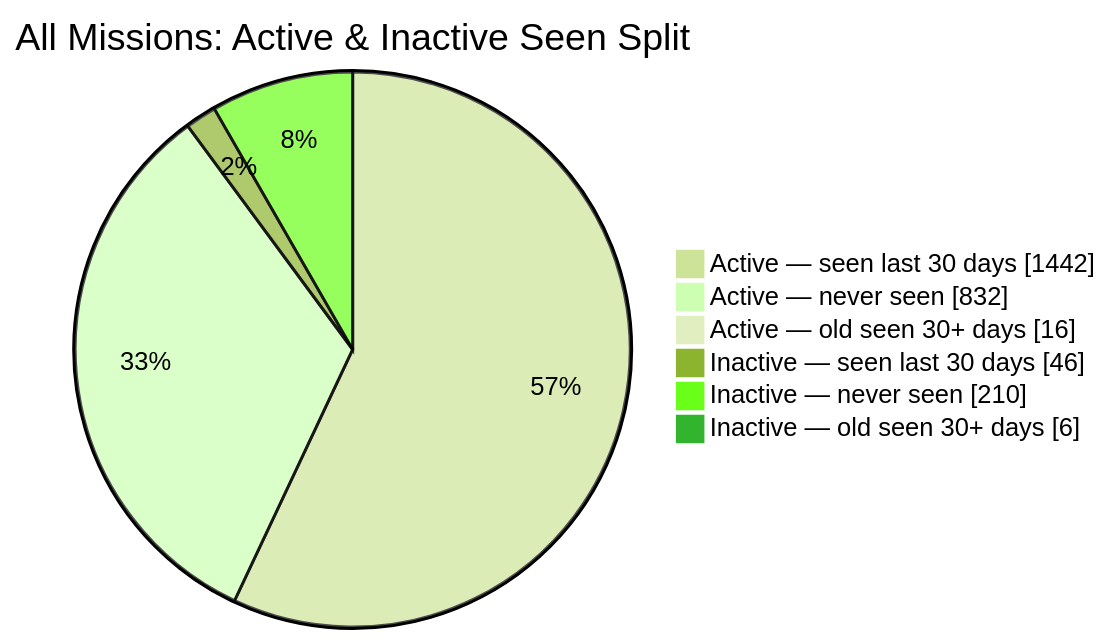
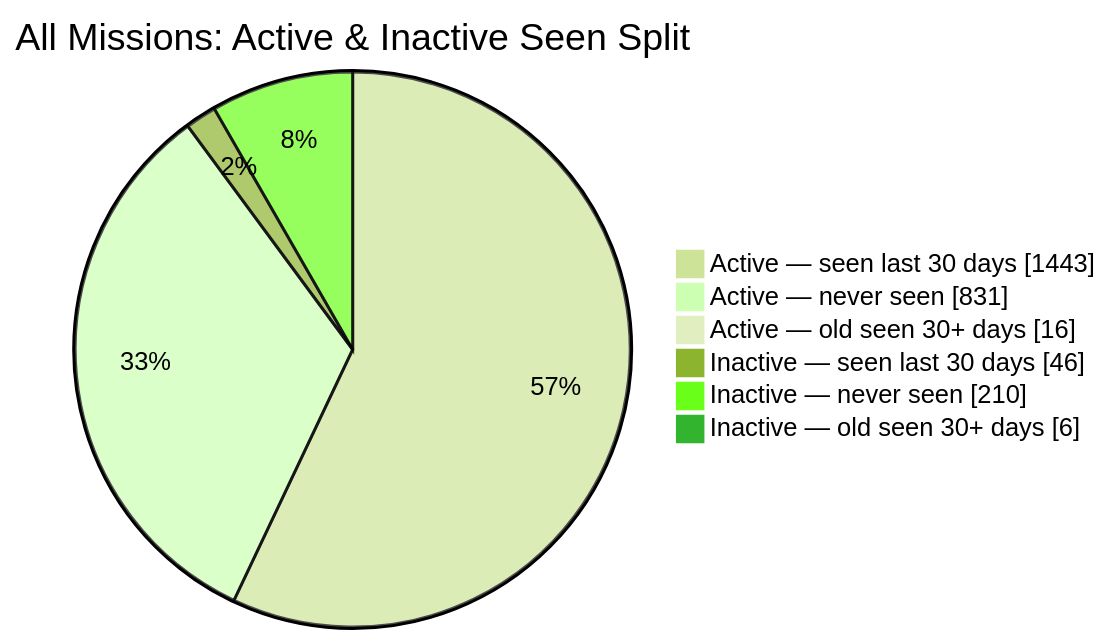
The second of 2 diagrams in README.md (MeldkamerspelGameTeam/active-missions), drawn with Mermaid (forest theme) before and after one commit. The commit also changed other lines of this file and 2 other files, not shown here.

````diff
--- a/README.md
+++ b/README.md
@@ -44,10 +44,10 @@
 ```mermaid
 pie showData
     title All Missions: Active & Inactive Seen Split
-    "Active — seen last 30 days" : 1442
-    "Active — never seen" : 832
+    "Active — seen last 30 days" : 1443
+    "Active — never seen" : 831
     "Active — old seen 30+ days" : 16
     "Inactive — seen last 30 days" : 46
     "Inactive — never seen" : 210
     "Inactive — old seen 30+ days" : 6
 ```
````
